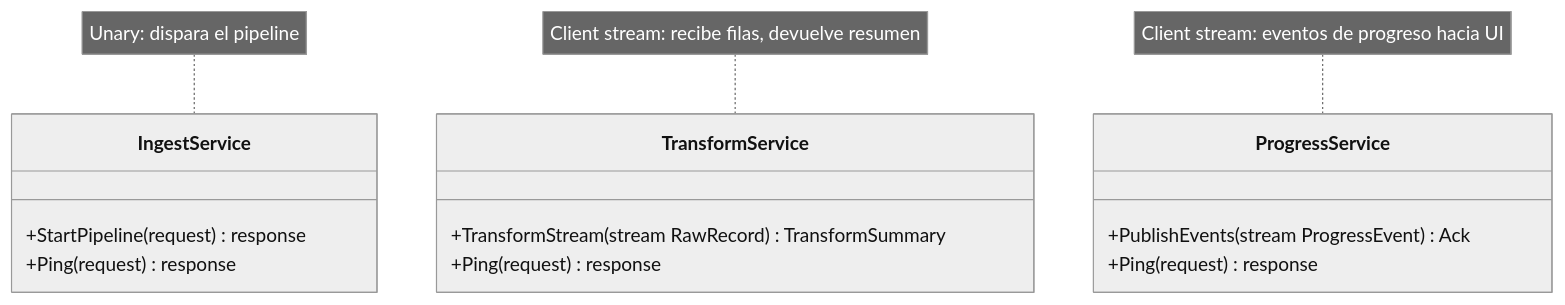
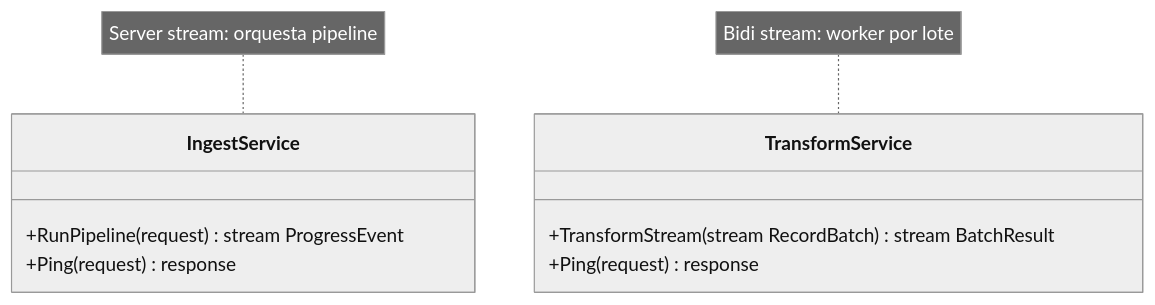
Before and after one commit to cccg8105/cccg_grpc_demo: the ninth of 16 diagrams in docs/GUIA_DIDACTICA.md, drawn with Mermaid (neutral theme). The commit also changed other lines of this file and 46 other files, not shown here.

````diff
--- a/docs/GUIA_DIDACTICA.md
+++ b/docs/GUIA_DIDACTICA.md
@@ -334,21 +334,15 @@
 ```mermaid
 classDiagram
   class IngestService {
-    +StartPipeline(request) response
+    +RunPipeline(request) stream ProgressEvent
     +Ping(request) response
   }
 
   class TransformService {
-    +TransformStream(stream RawRecord) TransformSummary
+    +TransformStream(stream RecordBatch) stream BatchResult
     +Ping(request) response
   }
 
-  class ProgressService {
-    +PublishEvents(stream ProgressEvent) Ack
-    +Ping(request) response
-  }
-
-  note for IngestService "Unary: dispara el pipeline"
-  note for TransformService "Client stream: recibe filas, devuelve resumen"
-  note for ProgressService "Client stream: eventos de progreso hacia UI"
+  note for IngestService "Server stream: orquesta pipeline"
+  note for TransformService "Bidi stream: worker por lote"
 ```
````
